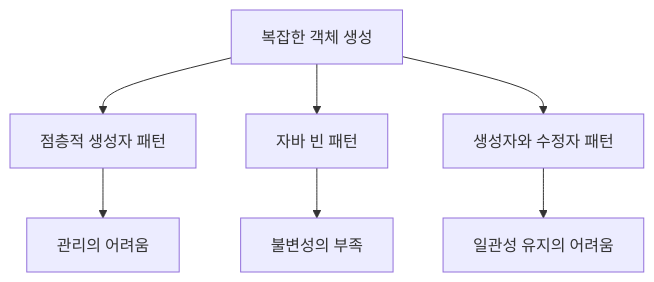
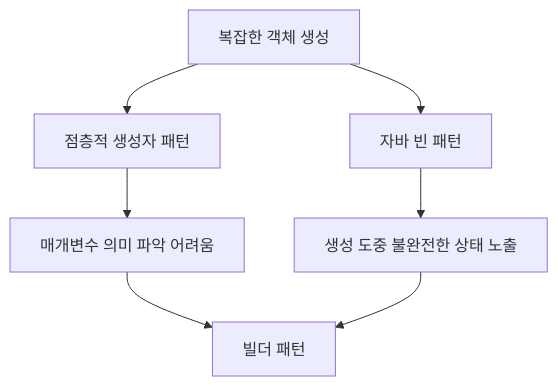
Before and after one commit to 42jerrykim/42jerrykim.github.io: the first of 2 diagrams in content/collection/designpattern/02_builder/index.md, drawn with Mermaid. The commit also changed other lines of this file, not shown here.

````diff
--- a/content/collection/designpattern/02_builder/index.md
+++ b/content/collection/designpattern/02_builder/index.md
@@ -287,9 +158,9 @@
 ```mermaid
-graph TD;
+graph TD
     A[복잡한 객체 생성] --> B[점층적 생성자 패턴]
     A --> C[자바 빈 패턴]
-    A --> D[생성자와 수정자 패턴]
-    B --> E[관리의 어려움]
-    C --> F[불변성의 부족]
-    D --> G[일관성 유지의 어려움]
+    B --> D[매개변수 의미 파악 어려움]
+    C --> E[생성 도중 불완전한 상태 노출]
+    D --> F[빌더 패턴]
+    E --> F
 ```
````
